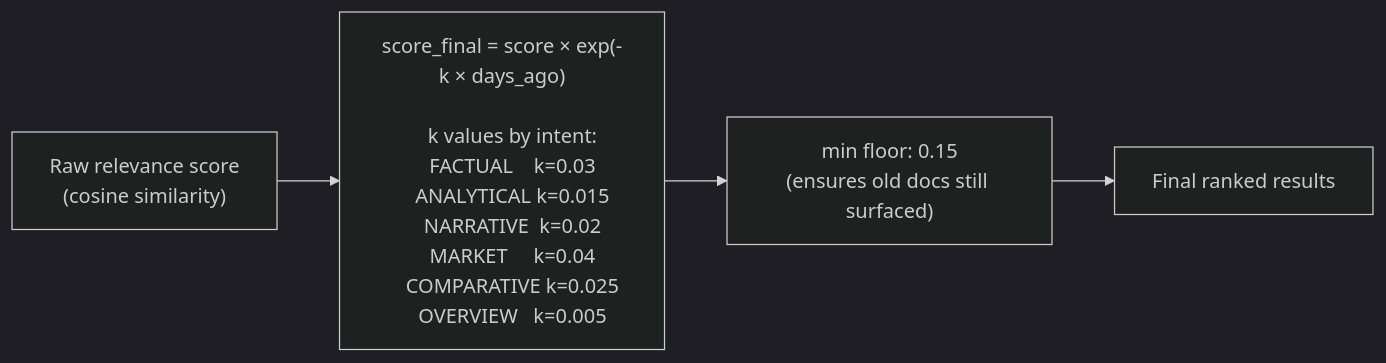
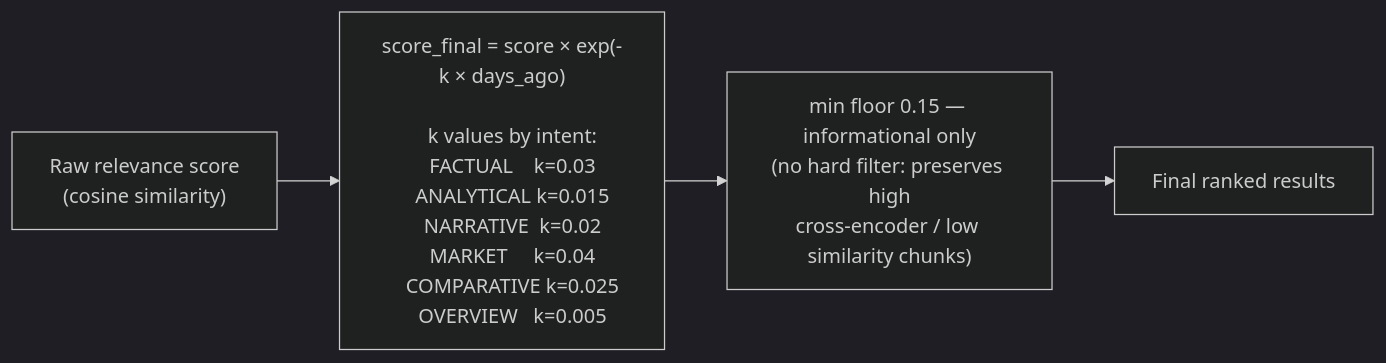
Before and after one commit to TommasoFazzi/MACROINTEL: the fourth of 5 diagrams in docs/architecture/03_oracle.md, drawn with Mermaid (dark theme). The commit also changed other lines of this file and 14 other files, not shown here.

````diff
--- a/docs/architecture/03_oracle.md
+++ b/docs/architecture/03_oracle.md
@@ -149,17 +153,17 @@
 ```mermaid
 flowchart LR
     RAW["Raw relevance score\n(cosine similarity)"] --> DECAY
 
     DECAY["score_final = score × exp(-k × days_ago)
     
     k values by intent:
     FACTUAL    k=0.03
     ANALYTICAL k=0.015
     NARRATIVE  k=0.02
     MARKET     k=0.04
     COMPARATIVE k=0.025
     OVERVIEW   k=0.005"]
 
-    DECAY --> FLOOR["min floor: 0.15\n(ensures old docs still surfaced)"]
+    DECAY --> FLOOR["min floor 0.15 — informational only\n(no hard filter: preserves high\ncross-encoder / low similarity chunks)"]
     FLOOR --> RANK[Final ranked results]
 ```
````
